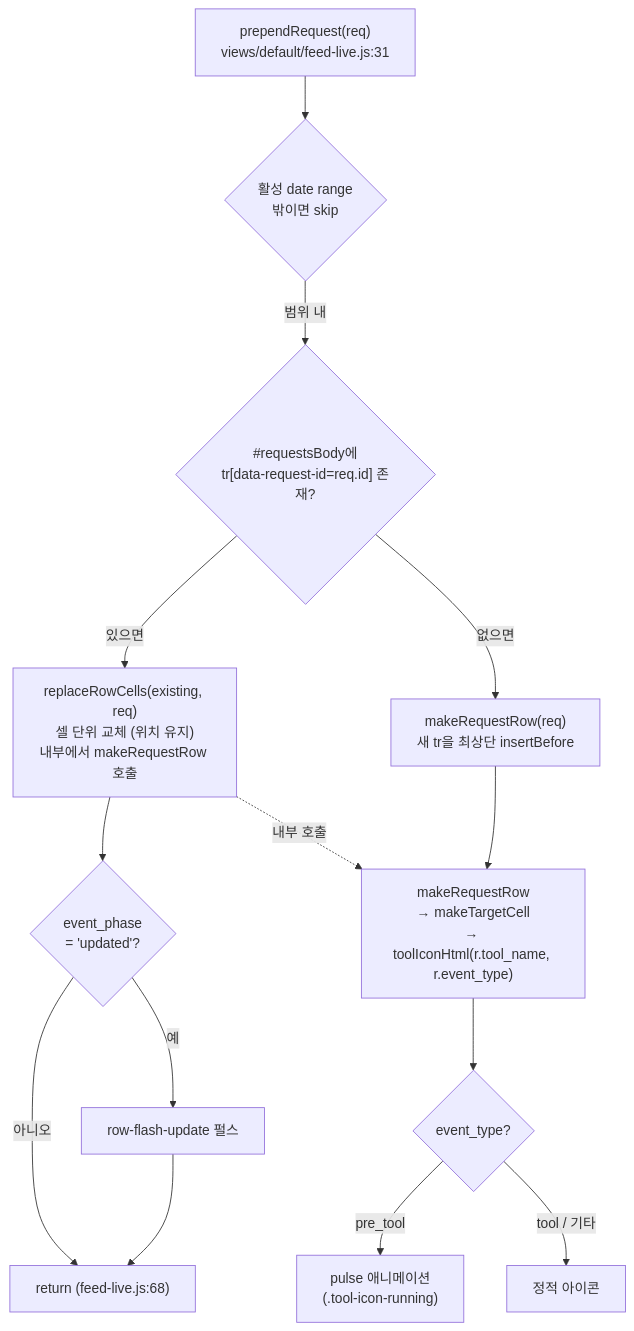
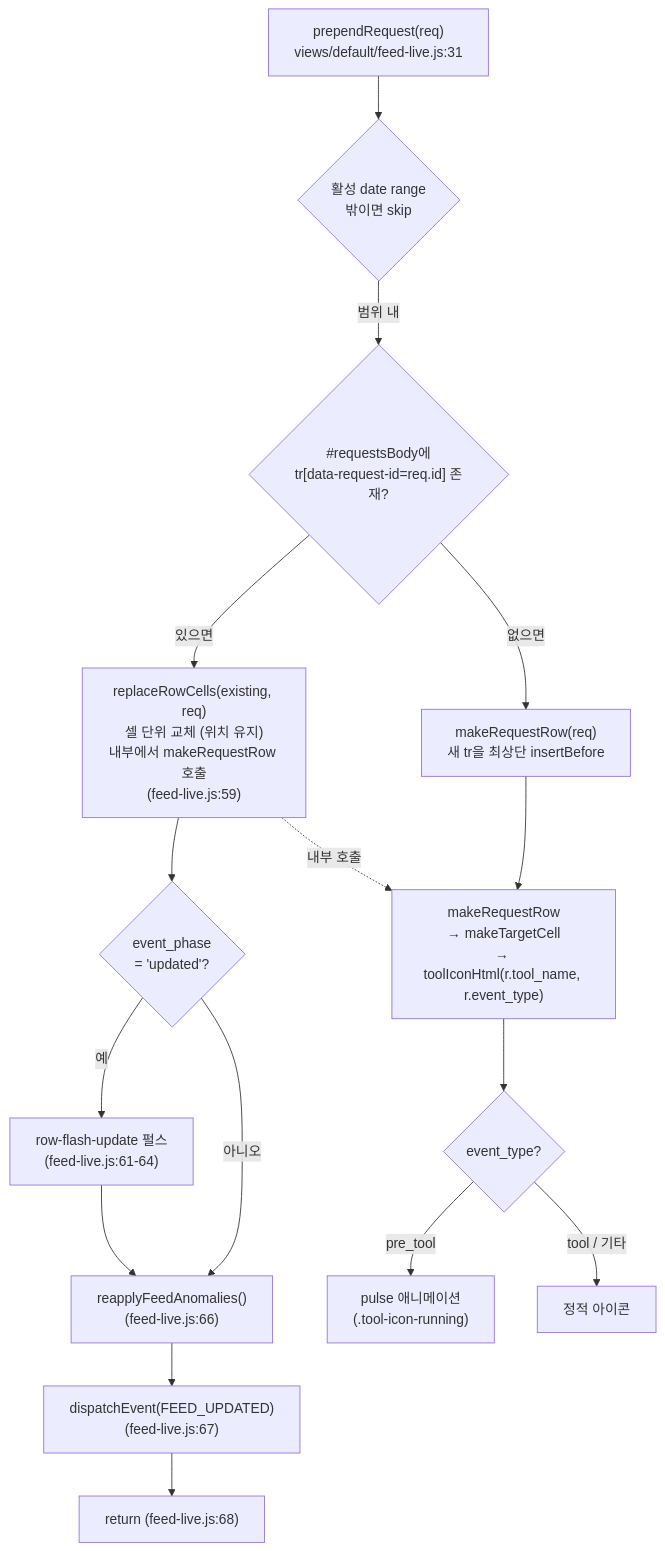
Before and after one commit to gmoon92/claude-spyglass: the second of 4 diagrams in docs/architecture/data-flow.md, drawn with Mermaid. The commit also changed other lines of this file and 9 other files, not shown here.

Commit message:
docs(architecture): 아키텍처 문서 소스 기준 현행화

````diff
--- a/docs/architecture/data-flow.md
+++ b/docs/architecture/data-flow.md
@@ -454,16 +454,18 @@
 ```mermaid
 flowchart TD
   A["prependRequest(req)\nviews/default/feed-live.js:31"] --> R{"활성 date range\n밖이면 skip"}
   R -- "범위 내" --> B{"#requestsBody에\ntr[data-request-id=req.id] 존재?"}
-  B -- "있으면" --> C["replaceRowCells(existing, req)\n셀 단위 교체 (위치 유지)\n내부에서 makeRequestRow 호출"]
+  B -- "있으면" --> C["replaceRowCells(existing, req)\n셀 단위 교체 (위치 유지)\n내부에서 makeRequestRow 호출\n(feed-live.js:59)"]
   C --> C2{"event_phase\n= 'updated'?"}
-  C2 -- "예" --> C3["row-flash-update 펄스"]
-  C2 -- "아니오" --> C4["return (feed-live.js:68)"]
-  C3 --> C4
+  C2 -- "예" --> C3["row-flash-update 펄스\n(feed-live.js:61-64)"]
+  C3 --> C5
+  C2 -- "아니오" --> C5["reapplyFeedAnomalies()\n(feed-live.js:66)"]
+  C5 --> C6["dispatchEvent(FEED_UPDATED)\n(feed-live.js:67)"]
+  C6 --> C4["return (feed-live.js:68)"]
   B -- "없으면" --> D["makeRequestRow(req)\n새 tr을 최상단 insertBefore"]
   C -. "내부 호출" .-> E
   D --> E["makeRequestRow\n→ makeTargetCell\n→ toolIconHtml(r.tool_name, r.event_type)"]
   E --> F{"event_type?"}
   F -- "pre_tool" --> G["pulse 애니메이션\n(.tool-icon-running)"]
   F -- "tool / 기타" --> H["정적 아이콘"]
 ```
````
